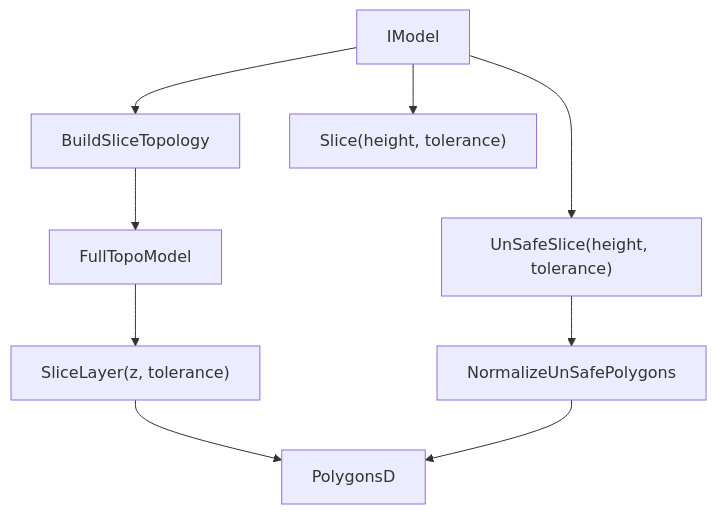
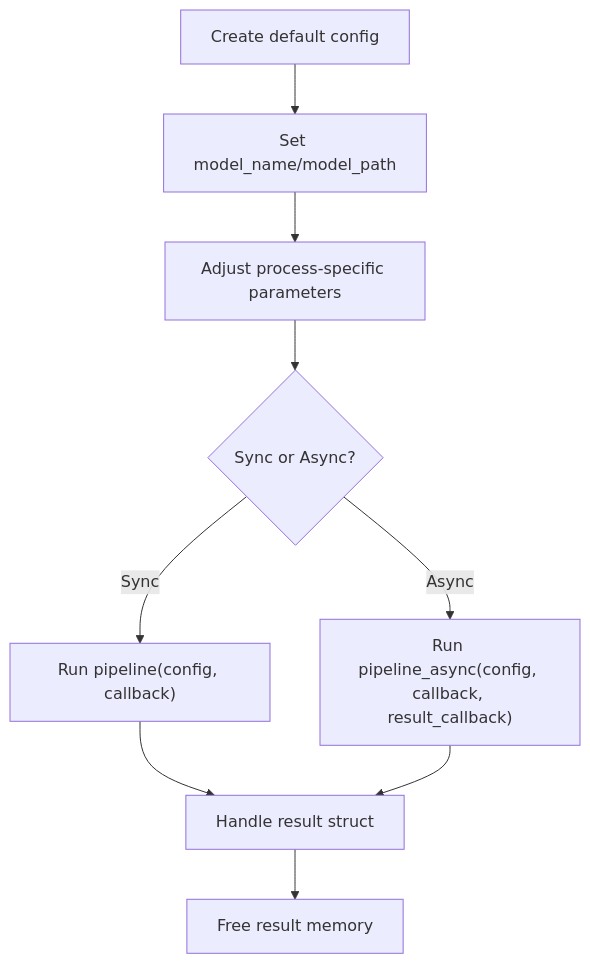
The fifth of 9 diagrams in .qoder/repowiki/en/content/Core Concepts.md (hsmbanlance/HsBaSlicer), drawn with Mermaid before and after one commit. The commit also changed other lines of this file and 1095 other files, not shown here.

````diff
--- a/.qoder/repowiki/en/content/Core Concepts.md
+++ b/.qoder/repowiki/en/content/Core Concepts.md
@@ -301,11 +268,11 @@
 ```mermaid
 flowchart TD
-Model["IModel"] --> BuildTopo["BuildSliceTopology"]
-BuildTopo --> Topo["FullTopoModel"]
-Topo --> SliceLayer["SliceLayer(z, tolerance)"]
-SliceLayer --> PolygonsD["PolygonsD"]
-Model --> Slice["Slice(height, tolerance)"]
-Model --> UnSafeSlice["UnSafeSlice(height, tolerance)"]
-UnSafeSlice --> Normalize["NormalizeUnSafePolygons"]
-Normalize --> PolygonsD
+A["Create default config"] --> B["Set model_name/model_path"]
+B --> C["Adjust process-specific parameters"]
+C --> D{"Sync or Async?"}
+D --> |Sync| E["Run pipeline(config, callback)"]
+D --> |Async| F["Run pipeline_async(config, callback, result_callback)"]
+E --> G["Handle result struct"]
+F --> G
+G --> H["Free result memory"]
 ```
````
